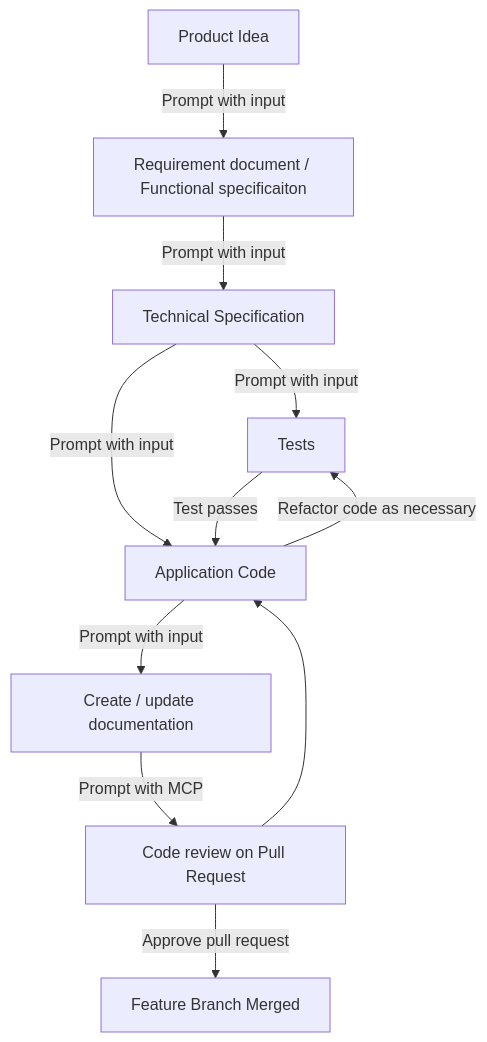
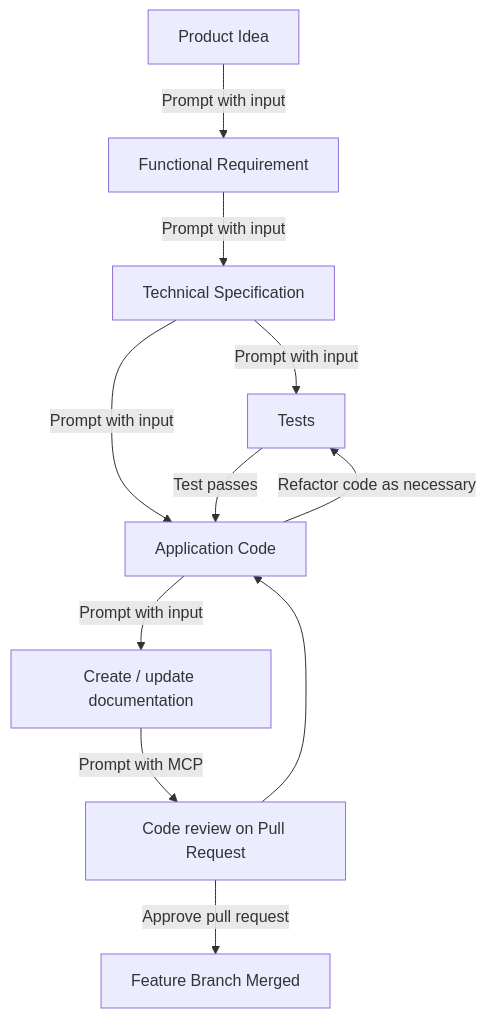
The diagram in docs/workflow/workflow-getting-started.md (kevinlin/ai-sdlc-playbook), drawn with Mermaid before and after one commit. The commit also changed other lines of this file and 4 other files, not shown here.

Commit message:
Revise workflow documentation by replacing "Product Requirements" with "Functional Requirements" and adding "Technical Specification" to the feature development lifecycle. Update related sections in the getting started guide to reflect these changes and improve clarity in the workflow stages.

````diff
--- a/docs/workflow/workflow-getting-started.md
+++ b/docs/workflow/workflow-getting-started.md
@@ -9,16 +9,16 @@
 ```mermaid
 ---
 config:
   layout: dagre
 ---
 flowchart TD
-    A["Product Idea"] -- Prompt with input --> B["Requirement document / Functional specificaiton"]
+    A["Product Idea"] -- Prompt with input --> B["Functional Requirement"]
     B -- Prompt with input --> C["Technical Specification"]
     C -- Prompt with input --> D["Tests"] & E["Application Code"]
     D -- Test passes --> E
     E -- Refactor code as necessary --> D
     E -- Prompt with input --> G["Create / update documentation"]
     G -- Prompt with MCP --> H["Code review on Pull Request"]
     H --> E
     H -- Approve pull request --> I["Feature Branch Merged"]
 ```
````
